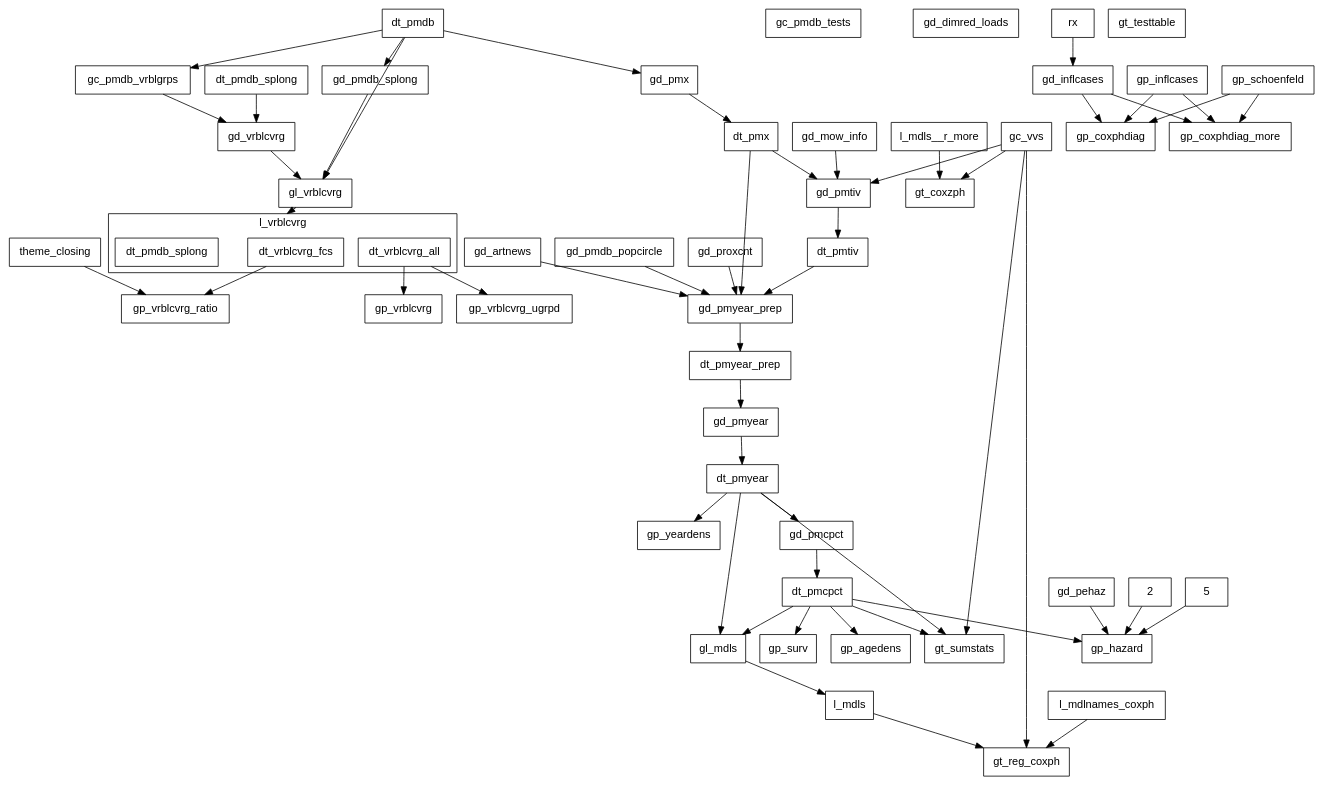
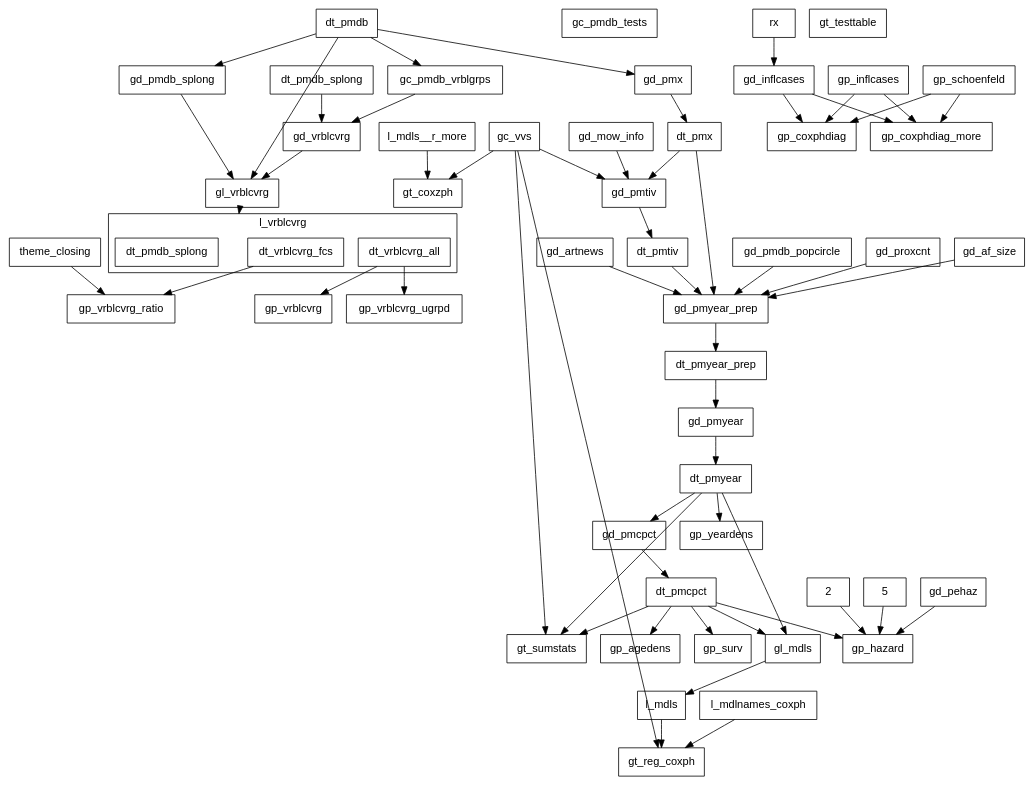
One commit to swhalemwo/pm_closing changed the diagram in misc/callgraph2.dot. Above: the diagram before and after it, drawn with Graphviz. The commit also changed 6 other files, not shown here.

```diff
--- a/misc/callgraph2.dot
+++ b/misc/callgraph2.dot
@@ -1,114 +1,115 @@
 digraph D {
  compound = true;
  splines = false; fontname=helvetica;
  node [shape=box, fontsize = 14, fontname=helvetica];
  edge [style = solid];
  
  subgraph cluster_l_vrblcvrg {
  label = "l_vrblcvrg";
  l_vrblcvrg__dt_vrblcvrg_all [label=dt_vrblcvrg_all]; 
 l_vrblcvrg__dt_vrblcvrg_fcs [label=dt_vrblcvrg_fcs]; 
 l_vrblcvrg [label = "", color=transparent, width=0, height=0]; 
 l_vrblcvrg__dt_pmdb_splong [label=dt_pmdb_splong] 
 } 
  gc_pmdb_tests; 
 gc_pmdb_vrblgrps; 
 gc_vvs; 
+gd_af_size; 
 gd_artnews; 
-gd_dimred_loads; 
 gd_inflcases; 
 gd_mow_info; 
 gd_pehaz; 
 gd_pmcpct; 
 gd_pmdb_popcircle; 
 gd_pmdb_splong; 
 gd_pmtiv; 
 gd_pmx; 
 gd_pmyear; 
 gd_pmyear_prep; 
 gd_proxcnt; 
 gd_vrblcvrg; 
 gl_mdls; 
 gl_vrblcvrg; 
 gp_agedens; 
 gp_coxphdiag; 
 gp_coxphdiag_more; 
 gp_hazard; 
 gp_inflcases; 
 gp_schoenfeld; 
 gp_surv; 
 gp_vrblcvrg; 
 gp_vrblcvrg_ratio; 
 gp_vrblcvrg_ugrpd; 
 gp_yeardens; 
 gt_coxzph; 
 gt_reg_coxph; 
 gt_sumstats; 
 gt_testtable; 
 theme_closing; 
 dt_pmdb; 
 dt_pmdb_splong; 
 dt_pmx; 
 dt_pmtiv; 
 dt_pmyear_prep; 
 dt_pmyear; 
 dt_pmcpct; 
 2; 
 5; 
 rx; 
 l_mdls__r_more; 
 l_mdls; 
 l_mdlnames_coxph 
  2 -> gp_hazard; 
 5 -> gp_hazard; 
 dt_pmcpct -> gl_mdls; 
 dt_pmcpct -> gp_agedens; 
 dt_pmcpct -> gp_hazard; 
 dt_pmcpct -> gp_surv; 
 dt_pmcpct -> gt_sumstats; 
 dt_pmdb -> gc_pmdb_vrblgrps; 
 dt_pmdb -> gd_pmdb_splong; 
 dt_pmdb -> gd_pmx; 
 dt_pmdb -> gl_vrblcvrg; 
 dt_pmdb_splong -> gd_vrblcvrg; 
 dt_pmtiv -> gd_pmyear_prep; 
 dt_pmx -> gd_pmtiv; 
 dt_pmx -> gd_pmyear_prep; 
 dt_pmyear -> gd_pmcpct; 
 dt_pmyear -> gl_mdls; 
 dt_pmyear -> gp_yeardens; 
 dt_pmyear -> gt_sumstats; 
 dt_pmyear_prep -> gd_pmyear; 
 gc_pmdb_vrblgrps -> gd_vrblcvrg; 
 gc_vvs -> gd_pmtiv; 
 gc_vvs -> gt_coxzph; 
 gc_vvs -> gt_reg_coxph; 
 gc_vvs -> gt_sumstats; 
+gd_af_size -> gd_pmyear_prep; 
 gd_artnews -> gd_pmyear_prep; 
 gd_inflcases -> gp_coxphdiag; 
 gd_inflcases -> gp_coxphdiag_more; 
 gd_mow_info -> gd_pmtiv; 
 gd_pehaz -> gp_hazard; 
 gd_pmcpct -> dt_pmcpct; 
 gd_pmdb_popcircle -> gd_pmyear_prep; 
 gd_pmdb_splong -> gl_vrblcvrg; 
 gd_pmtiv -> dt_pmtiv; 
 gd_pmx -> dt_pmx; 
 gd_pmyear -> dt_pmyear; 
 gd_pmyear_prep -> dt_pmyear_prep; 
 gd_proxcnt -> gd_pmyear_prep; 
 gd_vrblcvrg -> gl_vrblcvrg; 
 gl_mdls -> l_mdls; 
 gl_vrblcvrg -> l_vrblcvrg[lhead=cluster_l_vrblcvrg,ltail=gl_vrblcvrg]; 
 gp_inflcases -> gp_coxphdiag; 
 gp_inflcases -> gp_coxphdiag_more; 
 gp_schoenfeld -> gp_coxphdiag; 
 gp_schoenfeld -> gp_coxphdiag_more; 
 l_mdlnames_coxph -> gt_reg_coxph; 
 l_mdls -> gt_reg_coxph; 
 l_mdls__r_more -> gt_coxzph; 
 l_vrblcvrg__dt_vrblcvrg_all -> gp_vrblcvrg; 
 l_vrblcvrg__dt_vrblcvrg_all -> gp_vrblcvrg_ugrpd; 
 l_vrblcvrg__dt_vrblcvrg_fcs -> gp_vrblcvrg_ratio; 
 rx -> gd_inflcases; 
 theme_closing -> gp_vrblcvrg_ratio }
```
